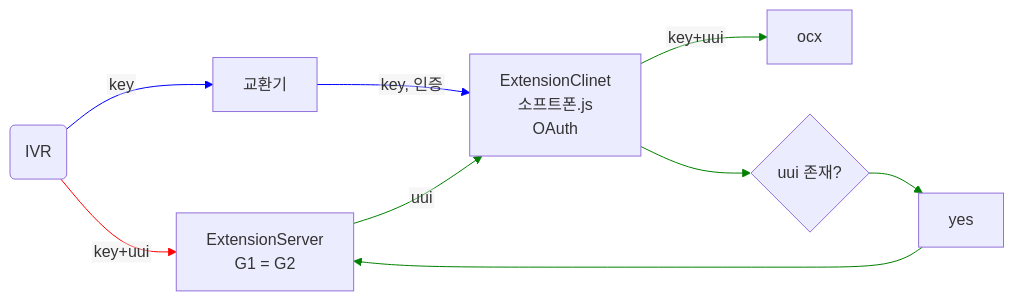
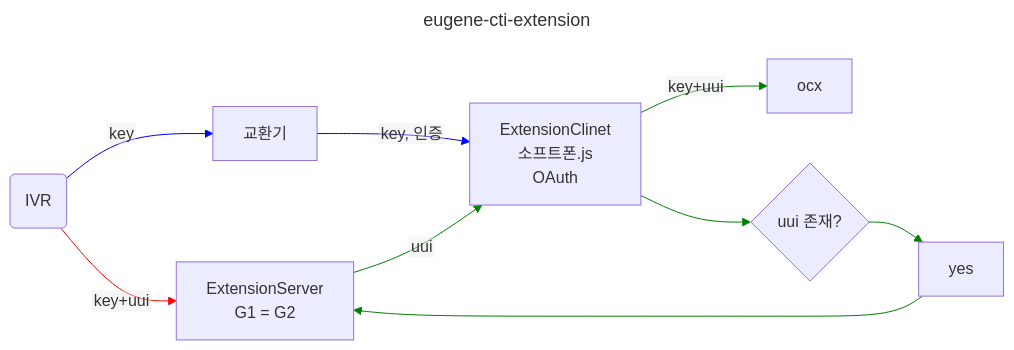
One commit to jisu-arisys/study changed the diagram in README.md. Above: the diagram before and after it, drawn with Mermaid. The commit also changed other lines of this file, not shown here.

````diff
--- a/README.md
+++ b/README.md
@@ -7,19 +7,22 @@
 ```mermaid
+---
+title: eugene-cti-extension
+---
 %%{init: {"flowchart": {"htmlLabels": false}} }%%
 flowchart LR
 ivr(IVR)
 cti[교환기]
 ext["ExtensionServer
 				G1 = G2"]
 soft["ExtensionClinet
 소프트폰.js
 OAuth"]
 ivr-->|key+uui|ext
 ivr-->|key|cti-->|key, 인증|soft--> |key+uui|ocx
 soft-->if{uui 존재?}-->yes-->ext--uui-->soft
 
 %% 화살표 순서를 나타내는 숫자 값으로 설정
 linkStyle 1,2 stroke:blue;
 linkStyle 0 stroke:red;
 linkStyle 3,4,5,6,7 stroke:green;
 ```
````
